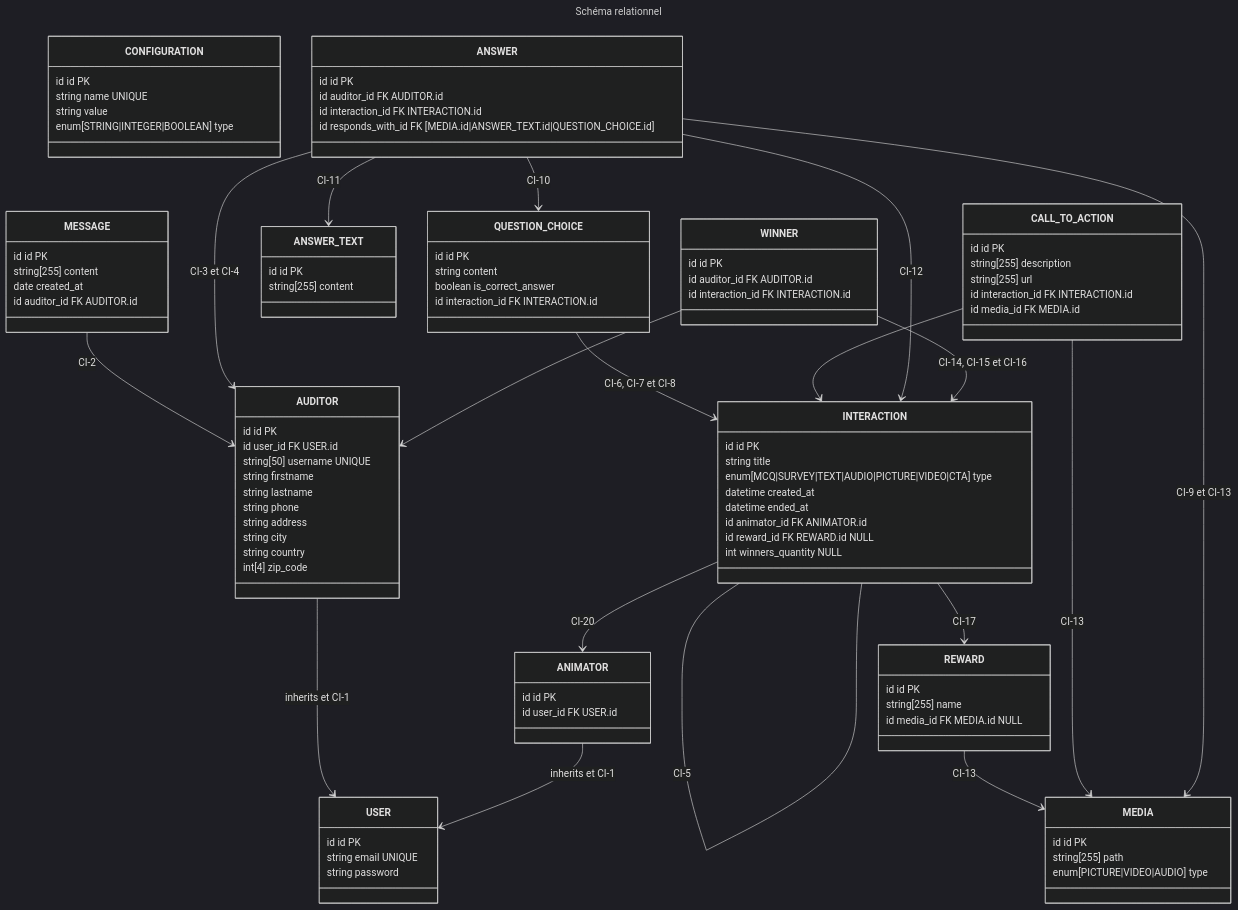
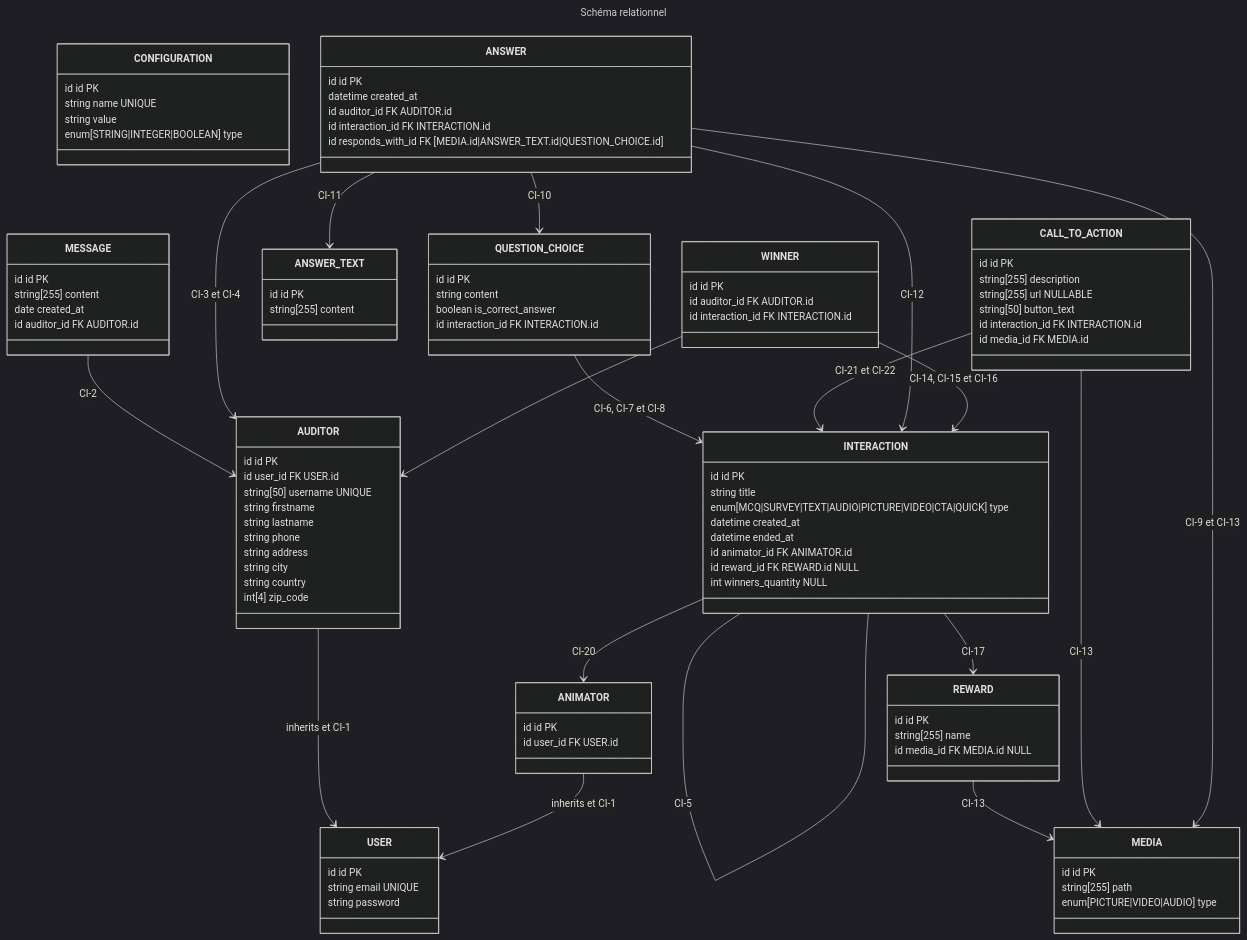
The diagram in docs/database/relational-schema.md (C-Super/couleur3), drawn with Mermaid (dark theme) before and after one commit. The commit also changed 2 other files, not shown here.

Commit message:
Added button_text to CTA, added QUICK interaction, change MCQ to 2..4 question choice

```diff
--- a/docs/database/relational-schema.md
+++ b/docs/database/relational-schema.md
@@ -51,7 +51,7 @@
     class INTERACTION {
         id id PK
         string title
-        enum[MCQ|SURVEY|TEXT|AUDIO|PICTURE|VIDEO|CTA] type
+        enum[MCQ|SURVEY|TEXT|AUDIO|PICTURE|VIDEO|CTA|QUICK] type
         datetime created_at
         datetime ended_at
         id animator_id FK ANIMATOR.id
@@ -74,6 +74,7 @@
 
     class ANSWER {
         id id PK
+        datetime created_at
         id auditor_id FK AUDITOR.id
         id interaction_id FK INTERACTION.id
         id responds_with_id FK [MEDIA.id|ANSWER_TEXT.id|QUESTION_CHOICE.id]
@@ -93,7 +94,8 @@
     class CALL_TO_ACTION {
         id id PK
         string[255] description
-        string[255] url
+        string[255] url NULLABLE
+        string[50] button_text
         id interaction_id FK INTERACTION.id
         id media_id FK MEDIA.id
     }
@@ -112,7 +114,7 @@
     REWARD --> MEDIA : CI-13
 
     CALL_TO_ACTION --> MEDIA : CI-13
-    CALL_TO_ACTION --> INTERACTION
+    CALL_TO_ACTION --> INTERACTION : CI-21 et CI-22
 
     ANSWER --> AUDITOR : CI-3 et CI-4
     ANSWER --> INTERACTION : CI-12
```
